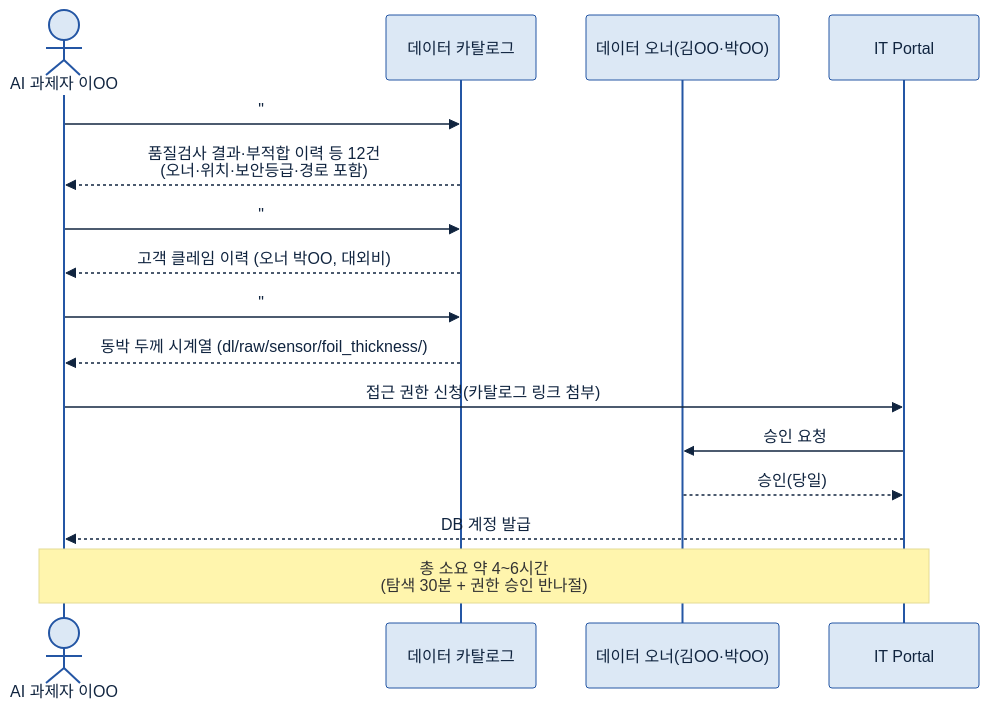
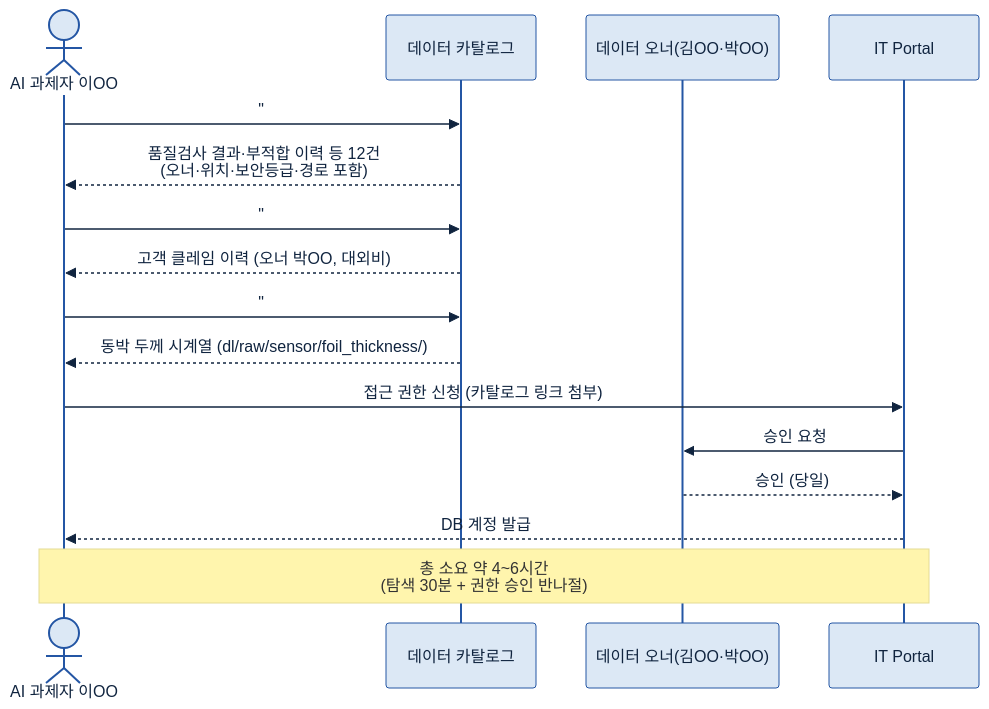
One commit to jin-kearney/ai-ready-data-manual changed the sixth of 12 diagrams in 가이드 작성/A-1 데이터 카탈로그/A-1 데이터 카탈로그.md. Above: the diagram before and after it, drawn with Mermaid. The commit also changed other lines of this file and 6 other files, not shown here.

````diff
--- a/가이드 작성/A-1 데이터 카탈로그/A-1 데이터 카탈로그.md
+++ b/가이드 작성/A-1 데이터 카탈로그/A-1 데이터 카탈로그.md
@@ -1065,19 +471,19 @@
 ```mermaid
 %%{init: {'theme':'base','themeVariables':{'primaryColor':'#DCE8F5','primaryBorderColor':'#2456A4','primaryTextColor':'#10243f','lineColor':'#2456A4','fontSize':'13px'}}}%%
 sequenceDiagram
     actor USER as AI 과제자 이OO
     participant CAT as 데이터 카탈로그
     participant OWN as 데이터 오너(김OO·박OO)
     participant IT as IT Portal
     USER->>CAT: "#품질 #검사 #결함" 검색
     CAT-->>USER: 품질검사 결과·부적합 이력 등 12건<br/>(오너·위치·보안등급·경로 포함)
     USER->>CAT: "#클레임" 검색
     CAT-->>USER: 고객 클레임 이력 (오너 박OO, 대외비)
     USER->>CAT: "#동박 #두께 #센서" 검색
     CAT-->>USER: 동박 두께 시계열 (dl/raw/sensor/foil_thickness/)
-    USER->>IT: 접근 권한 신청(카탈로그 링크 첨부)
+    USER->>IT: 접근 권한 신청 (카탈로그 링크 첨부)
     IT->>OWN: 승인 요청
-    OWN-->>IT: 승인(당일)
+    OWN-->>IT: 승인 (당일)
     IT-->>USER: DB 계정 발급
     Note over USER,IT: 총 소요 약 4~6시간<br/>(탐색 30분 + 권한 승인 반나절)
 ```
````
